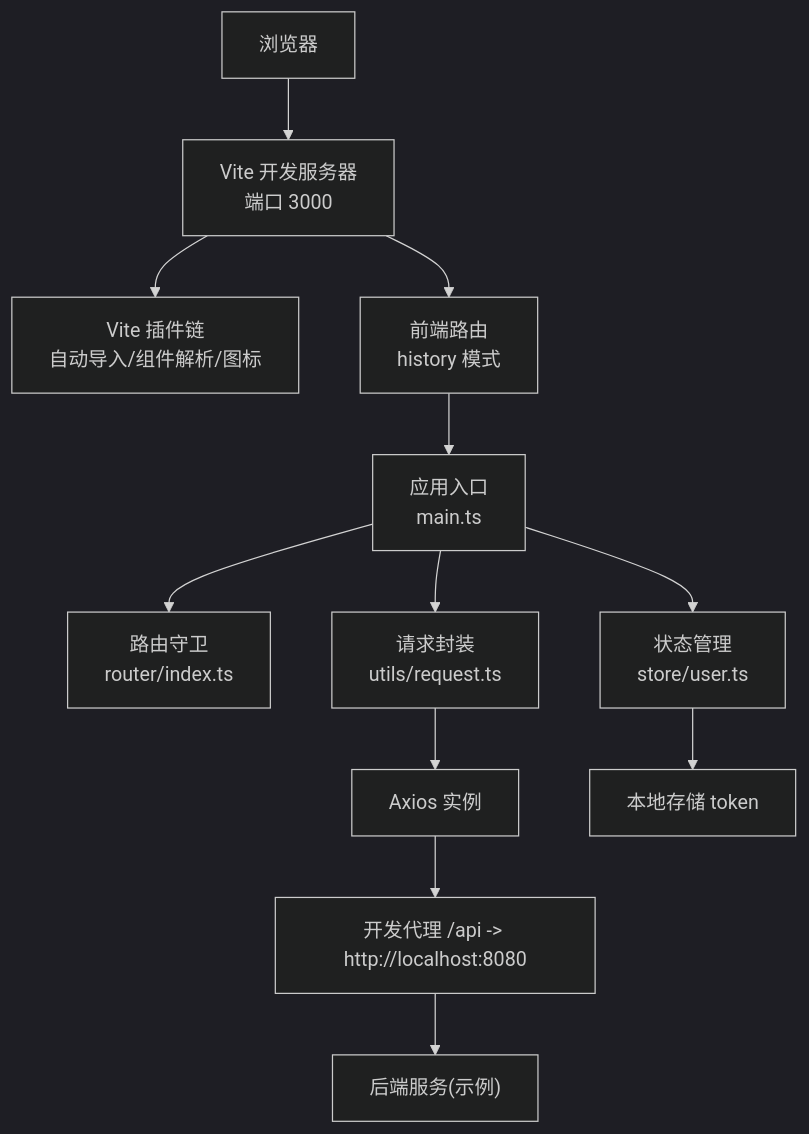
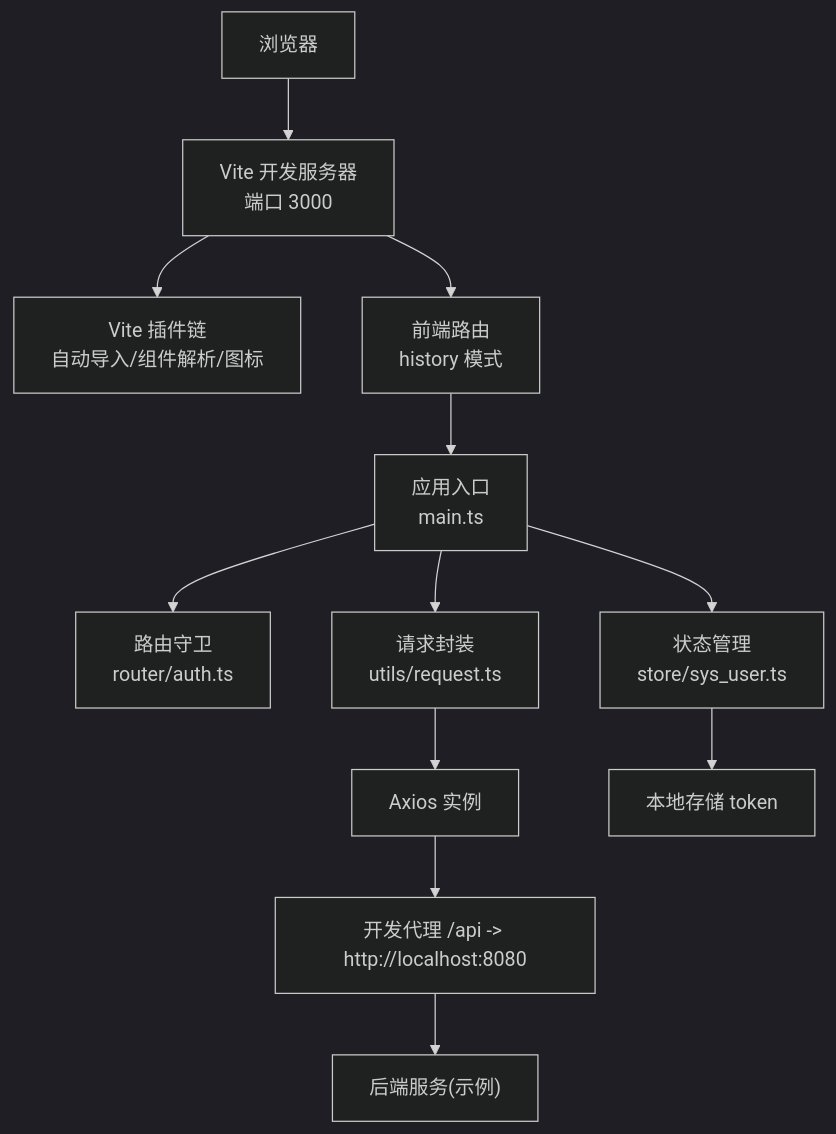
Before and after one commit to qiseyun/vue-ts-admin: the second of 6 diagrams in .qoder/repowiki/zh/content/开发指南/开发流程.md, drawn with Mermaid (dark theme). The commit also changed other lines of this file and 42 other files, not shown here.

````diff
--- a/.qoder/repowiki/zh/content/开发指南/开发流程.md
+++ b/.qoder/repowiki/zh/content/开发指南/开发流程.md
@@ -98,14 +98,14 @@
 ```mermaid
 graph TB
 U["浏览器"] --> V["Vite 开发服务器<br/>端口 3000"]
 V --> P["Vite 插件链<br/>自动导入/组件解析/图标"]
 V --> R["前端路由<br/>history 模式"]
 R --> APP["应用入口<br/>main.ts"]
-APP --> RT["路由守卫<br/>router/index.ts"]
-APP --> ST["状态管理<br/>store/user.ts"]
+APP --> RT["路由守卫<br/>router/auth.ts"]
+APP --> ST["状态管理<br/>store/sys_user.ts"]
 APP --> UT["请求封装<br/>utils/request.ts"]
 UT --> AX["Axios 实例"]
 AX --> PRX["开发代理 /api -> http://localhost:8080"]
 PRX --> BE["后端服务(示例)"]
 ST --> LS["本地存储 token"]
 ```
````
